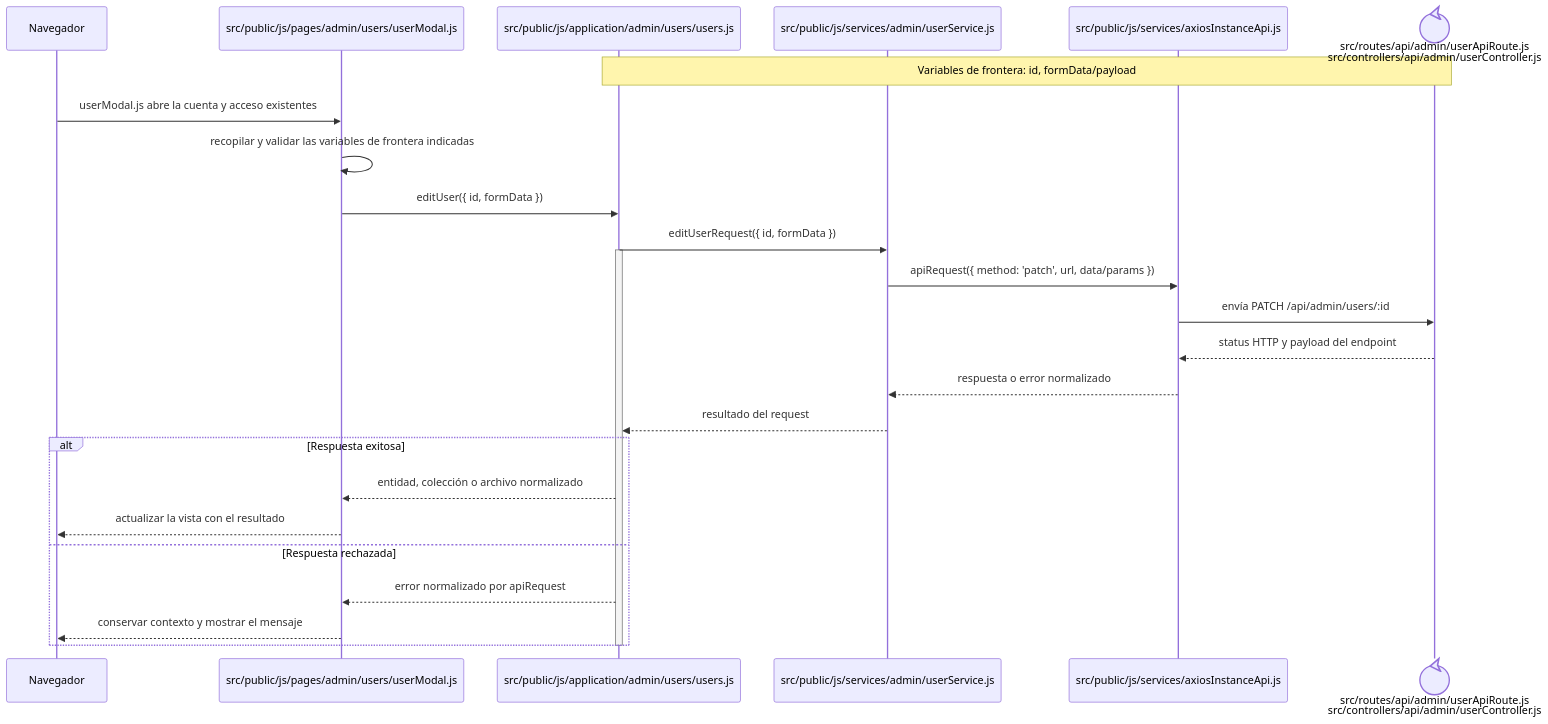
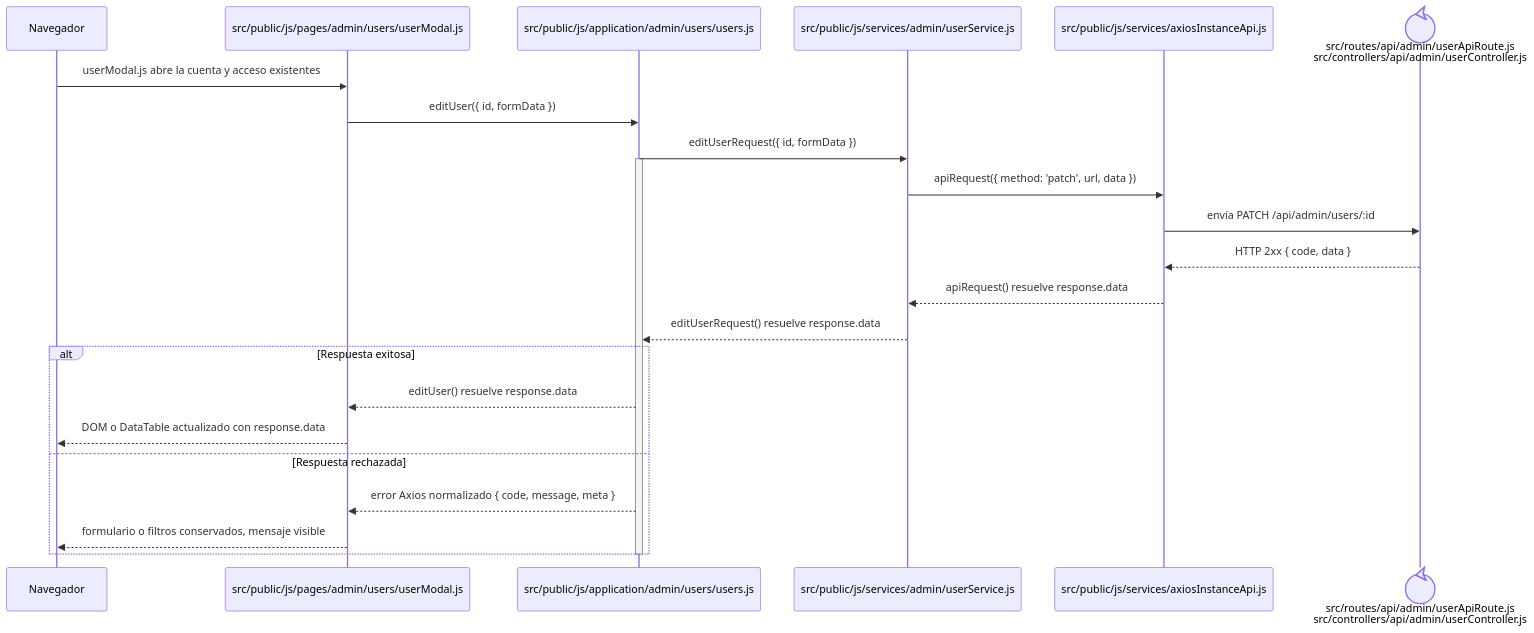
The diagram in docs/architecture/frontend-code-sequences/identity-access/cu-ida-07.md (gpgsistemas01/nexus), drawn with Mermaid before and after one commit. The commit also changed 148 other files, not shown here.

````diff
--- a/docs/architecture/frontend-code-sequences/identity-access/cu-ida-07.md
+++ b/docs/architecture/frontend-code-sequences/identity-access/cu-ida-07.md
@@ -6,29 +6,27 @@
 ```mermaid
 sequenceDiagram
     participant Browser as Navegador
     participant View as src/public/js/pages/admin/users/userModal.js
     participant Application as src/public/js/application/admin/users/users.js
     participant Request as src/public/js/services/admin/userService.js
     participant HTTP as src/public/js/services/axiosInstanceApi.js
     participant Transport@{ "type": "control" } as src/routes/api/admin/userApiRoute.js<br/>src/controllers/api/admin/userController.js
-    Note over Application,Transport: Variables de frontera: id, formData/payload
 
     Browser->>View: userModal.js abre la cuenta y acceso existentes
-    View->>View: recopilar y validar las variables de frontera indicadas
     View->>Application: editUser({ id, formData })
     Application->>Request: editUserRequest({ id, formData })
     activate Application
-    Request->>HTTP: apiRequest({ method: 'patch', url, data/params })
+    Request->>HTTP: apiRequest({ method: 'patch', url, data })
     HTTP->>Transport: envía PATCH /api/admin/users/:id
-    Transport-->>HTTP: status HTTP y payload del endpoint
-    HTTP-->>Request: respuesta o error normalizado
-    Request-->>Application: resultado del request
+    Transport-->>HTTP: HTTP 2xx { code, data }
+    HTTP-->>Request: apiRequest() resuelve response.data
+    Request-->>Application: editUserRequest() resuelve response.data
     alt Respuesta exitosa
-        Application-->>View: entidad, colección o archivo normalizado
-        View-->>Browser: actualizar la vista con el resultado
+        Application-->>View: editUser() resuelve response.data
+        View-->>Browser: DOM o DataTable actualizado con response.data
     else Respuesta rechazada
-        Application-->>View: error normalizado por apiRequest
-        View-->>Browser: conservar contexto y mostrar el mensaje
+        Application-->>View: error Axios normalizado { code, message, meta }
+        View-->>Browser: formulario o filtros conservados, mensaje visible
     end
     deactivate Application
 ```
````
